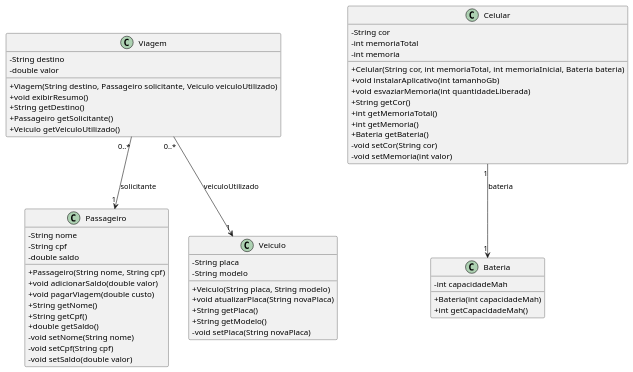
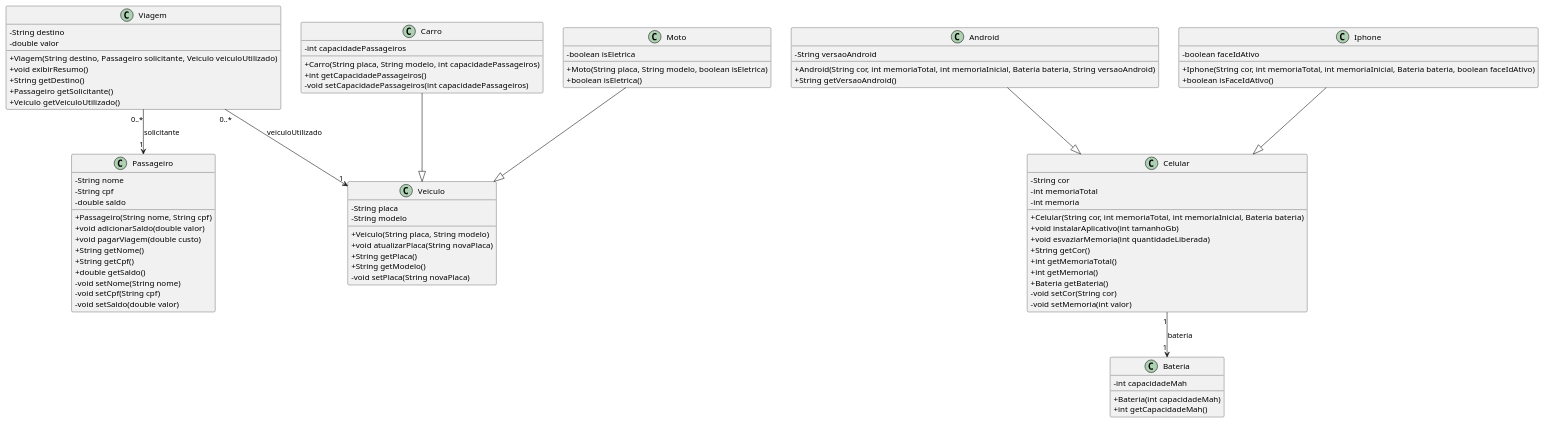
One commit to Pedro-Ivson/fiap-poo changed the diagram in docs/fiapride.puml. Above: the diagram before and after it, drawn with PlantUML. The commit also changed 8 other files, not shown here.

```diff
--- a/docs/fiapride.puml
+++ b/docs/fiapride.puml
@@ -1,63 +1,92 @@
 @startuml FiapRide
 skinparam classAttributeIconSize 0
 
 class Passageiro {
     - String nome
     - String cpf
     - double saldo
     + Passageiro(String nome, String cpf)
     + void adicionarSaldo(double valor)
     + void pagarViagem(double custo)
     + String getNome()
     + String getCpf()
     + double getSaldo()
     - void setNome(String nome)
     - void setCpf(String cpf)
     - void setSaldo(double valor)
 }
 
+class Veiculo {
+    - String placa
+    - String modelo
+    + Veiculo(String placa, String modelo)
+    + void atualizarPlaca(String novaPlaca)
+    + String getPlaca()
+    + String getModelo()
+    - void setPlaca(String novaPlaca)
+}
+
+class Carro {
+    - int capacidadePassageiros
+    + Carro(String placa, String modelo, int capacidadePassageiros)
+    + int getCapacidadePassageiros()
+    - void setCapacidadePassageiros(int capacidadePassageiros)
+}
+
+class Moto {
+    - boolean isEletrica
+    + Moto(String placa, String modelo, boolean isEletrica)
+    + boolean isEletrica()
+}
+
 class Viagem {
     - String destino
     - double valor
     + Viagem(String destino, Passageiro solicitante, Veiculo veiculoUtilizado)
     + void exibirResumo()
     + String getDestino()
     + Passageiro getSolicitante()
     + Veiculo getVeiculoUtilizado()
-}
-
-class Veiculo {
-    - String placa
-    - String modelo
-    + Veiculo(String placa, String modelo)
-    + void atualizarPlaca(String novaPlaca)
-    + String getPlaca()
-    + String getModelo()
-    - void setPlaca(String novaPlaca)
 }
 
 class Celular {
     - String cor
     - int memoriaTotal
     - int memoria
     + Celular(String cor, int memoriaTotal, int memoriaInicial, Bateria bateria)
     + void instalarAplicativo(int tamanhoGb)
     + void esvaziarMemoria(int quantidadeLiberada)
     + String getCor()
     + int getMemoriaTotal()
     + int getMemoria()
     + Bateria getBateria()
     - void setCor(String cor)
     - void setMemoria(int valor)
 }
 
+class Android {
+    - String versaoAndroid
+    + Android(String cor, int memoriaTotal, int memoriaInicial, Bateria bateria, String versaoAndroid)
+    + String getVersaoAndroid()
+}
+
+class Iphone {
+    - boolean faceIdAtivo
+    + Iphone(String cor, int memoriaTotal, int memoriaInicial, Bateria bateria, boolean faceIdAtivo)
+    + boolean isFaceIdAtivo()
+}
+
 class Bateria {
     - int capacidadeMah
     + Bateria(int capacidadeMah)
     + int getCapacidadeMah()
 }
 
+Carro --|> Veiculo
+Moto --|> Veiculo
+Android --|> Celular
+Iphone --|> Celular
 Viagem "0..*" --> "1" Passageiro : solicitante
 Viagem "0..*" --> "1" Veiculo : veiculoUtilizado
 Celular "1" --> "1" Bateria : bateria
 @enduml
```
